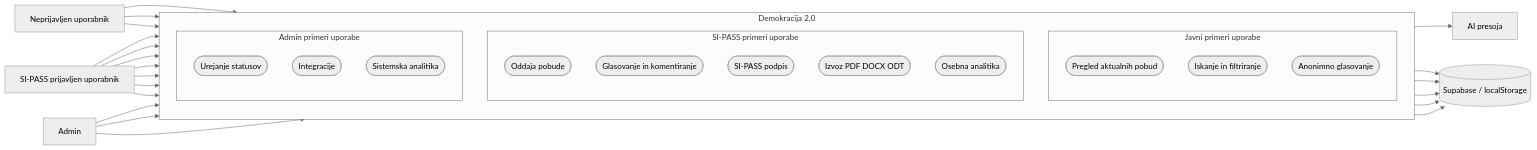
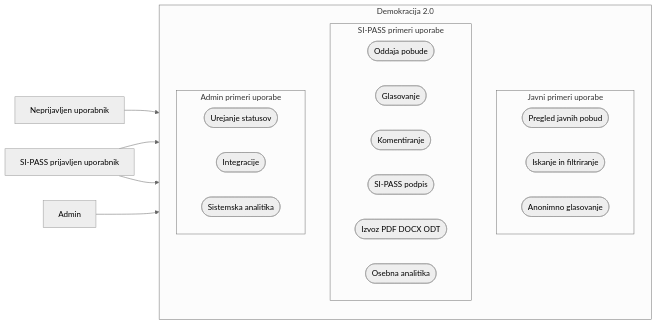
The first of 6 diagrams in docs/diagrams.md (grisini/Demos), drawn with Mermaid (neutral theme) before and after one commit. The commit also changed other lines of this file and 5 other files, not shown here.

Commit message:
popravek diagramov

````diff
--- a/docs/diagrams.md
+++ b/docs/diagrams.md
@@ -7,59 +7,39 @@
 ```mermaid
 flowchart LR
   Anonymous[Neprijavljen uporabnik]
   Sipass[SI-PASS prijavljen uporabnik]
   Admin[Admin]
 
   subgraph App[Demokracija 2.0]
     direction TB
 
     subgraph PublicCases[Javni primeri uporabe]
-      direction TB
-      PublicList([Pregled aktualnih pobud])
+      direction LR
+      PublicList([Pregled javnih pobud])
       Search([Iskanje in filtriranje])
       AnonymousVote([Anonimno glasovanje])
     end
 
     subgraph SipassCases[SI-PASS primeri uporabe]
-      direction TB
+      direction LR
       Submit([Oddaja pobude])
-      VoteComment([Glasovanje in komentiranje])
+      Vote([Glasovanje])
+      Comment([Komentiranje])
       SipassSign([SI-PASS podpis])
       ExportDocs([Izvoz PDF DOCX ODT])
       UserAnalytics([Osebna analitika])
     end
 
     subgraph AdminCases[Admin primeri uporabe]
-      direction TB
+      direction LR
       StatusAdmin([Urejanje statusov])
       Integrations([Integracije])
       SystemAnalytics([Sistemska analitika])
     end
   end
 
-  AI[AI presoja]
-  Database[(Supabase / localStorage)]
-
-  Anonymous --> PublicList
-  Anonymous --> Search
-  Anonymous --> AnonymousVote
-
-  Sipass --> PublicList
-  Sipass --> Search
-  Sipass --> Submit
-  Sipass --> VoteComment
-  Sipass --> SipassSign
-  Sipass --> ExportDocs
-  Sipass --> UserAnalytics
-
-  Admin --> StatusAdmin
-  Admin --> Integrations
-  Admin --> SystemAnalytics
-
-  Submit --> AI
-  Submit --> Database
-  AnonymousVote --> Database
-  VoteComment --> Database
-  SipassSign --> Database
-  StatusAdmin --> Database
+  Anonymous --> PublicCases
+  Sipass --> PublicCases
+  Sipass --> SipassCases
+  Admin --> AdminCases
 ```
````
